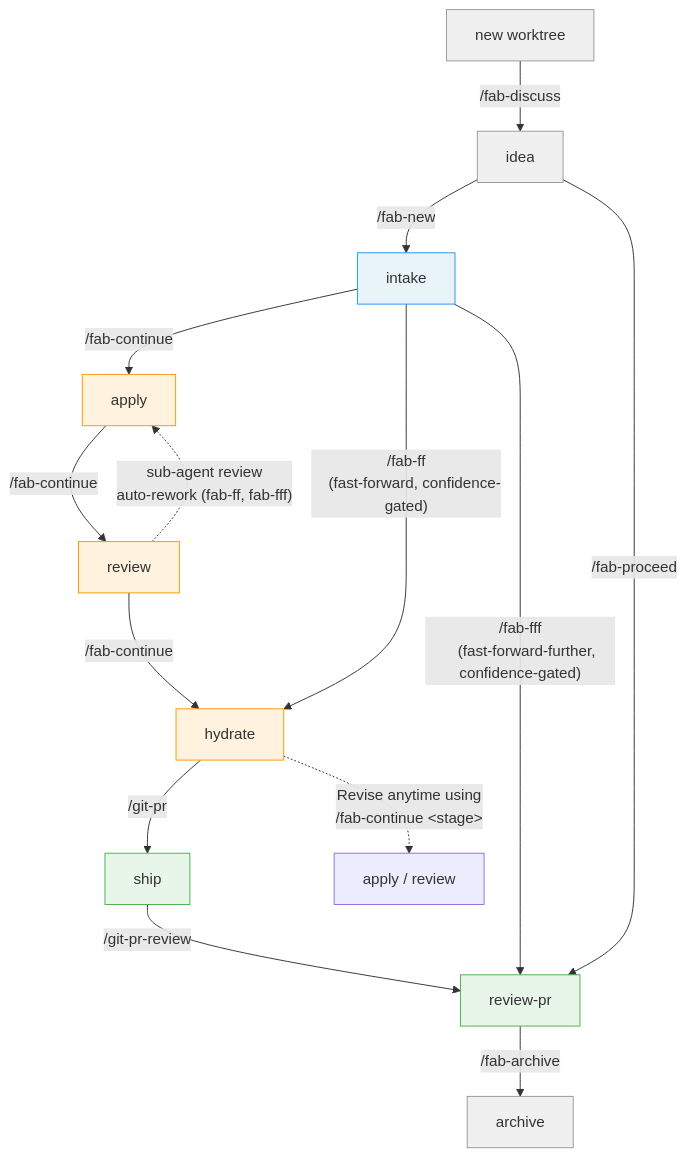
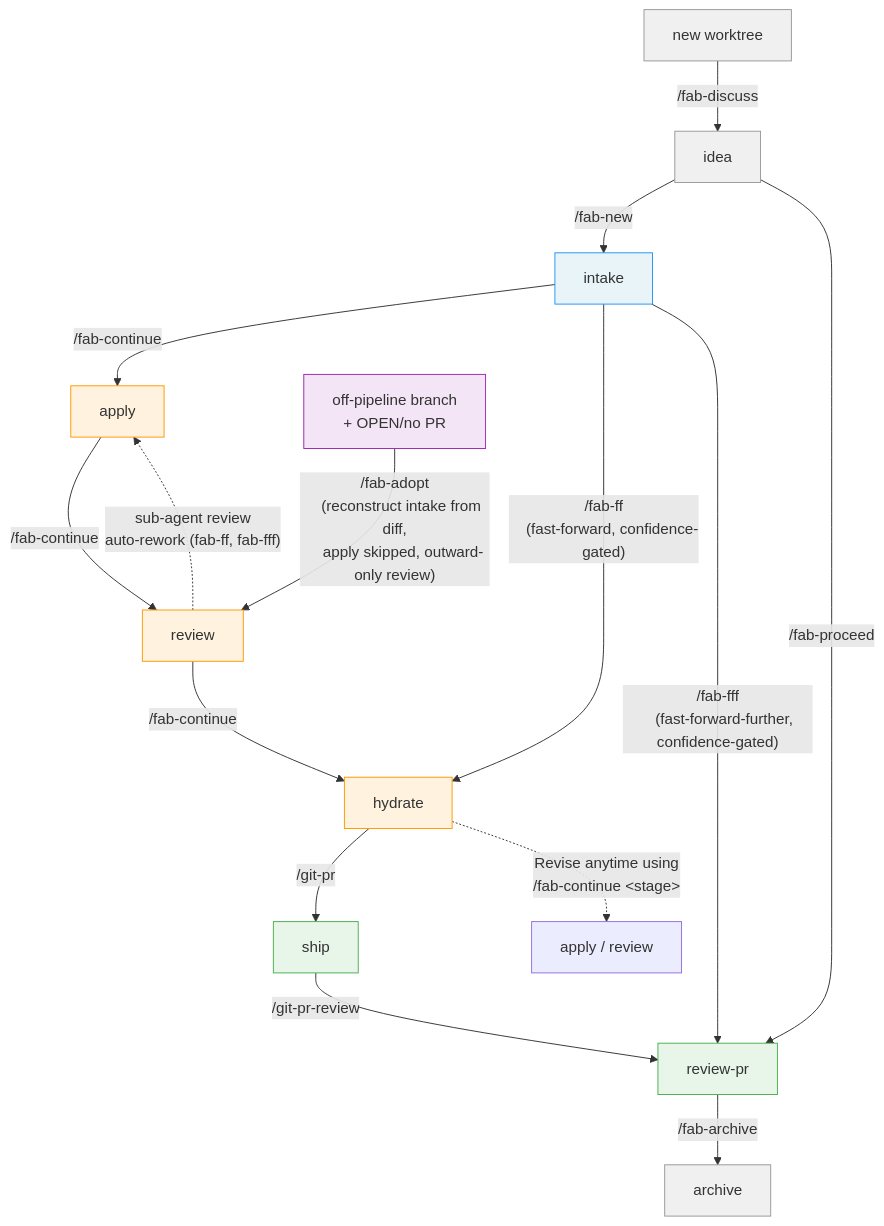
Before and after one commit to sahil87/fab-kit: the second of 4 diagrams in docs/specs/user-flow.md, drawn with Mermaid. The commit also changed other lines of this file and 26 other files, not shown here.

Commit message:
feat: add /fab-adopt skill + off-pipeline adoption orchestration

````diff
--- a/docs/specs/user-flow.md
+++ b/docs/specs/user-flow.md
@@ -40,39 +40,46 @@
 ```mermaid
 flowchart TD
     WT[new worktree] -->|"/fab-discuss"| IDEA[idea]
     IDEA -->|"/fab-new"| B[intake]
     B -->|"/fab-continue"| A[apply]
     A -->|"/fab-continue"| R[review]
     R -->|"/fab-continue"| H[hydrate]
     H -->|"/git-pr"| SH[ship]
     SH -->|"/git-pr-review"| RP[review-pr]
 
     %% Post-pipeline housekeeping
     RP -->|"/fab-archive"| AR[archive]
 
     %% Shortcuts
     B -->|"/fab-ff
     (fast-forward, confidence-gated)"| H
     B -->|"/fab-fff
     (fast-forward-further, confidence-gated)"| RP
     IDEA -->|"/fab-proceed"| RP
 
+    %% Adoption — alternate entry for off-pipeline work (apply skipped)
+    OFF[off-pipeline branch
+    + OPEN/no PR] -->|"/fab-adopt
+    (reconstruct intake from diff,
+    apply skipped, outward-only review)"| R
+    style OFF fill:#f3e5f5,stroke:#9C27B0
+
     %% Apply-review loop (sub-agent review with auto-rework)
     R -.->|"sub-agent review
     auto-rework (fab-ff, fab-fff)"| A
 
     %% Rework (reset to any earlier stage)
     H -.->|"Revise anytime using
     /fab-continue &lt;stage&gt;"| REWORK["apply / review"]
 
     %% Styles
     style WT fill:#f0f0f0,stroke:#999
     style IDEA fill:#f0f0f0,stroke:#999
     style B fill:#e8f4f8,stroke:#2196F3
     style A fill:#fff3e0,stroke:#FF9800
     style R fill:#fff3e0,stroke:#FF9800
     style H fill:#fff3e0,stroke:#FF9800
     style SH fill:#e8f5e9,stroke:#4CAF50
     style RP fill:#e8f5e9,stroke:#4CAF50
     style AR fill:#f0f0f0,stroke:#999
 ```
````
